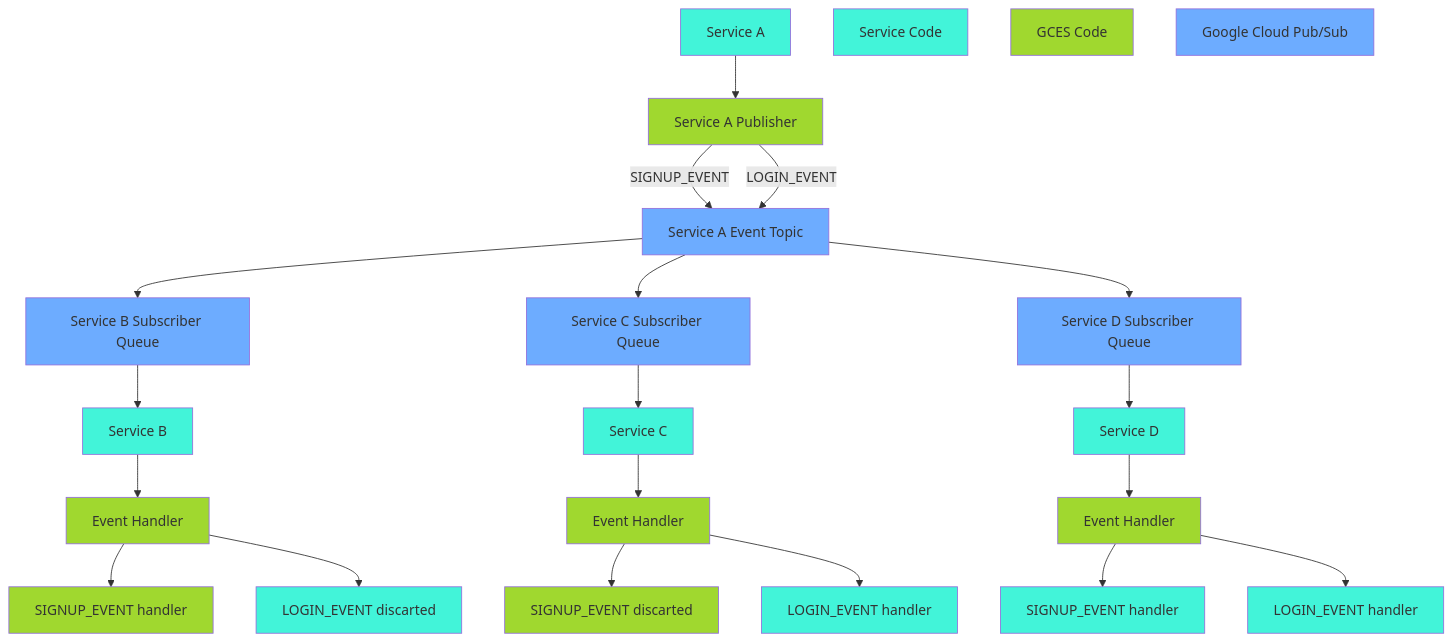
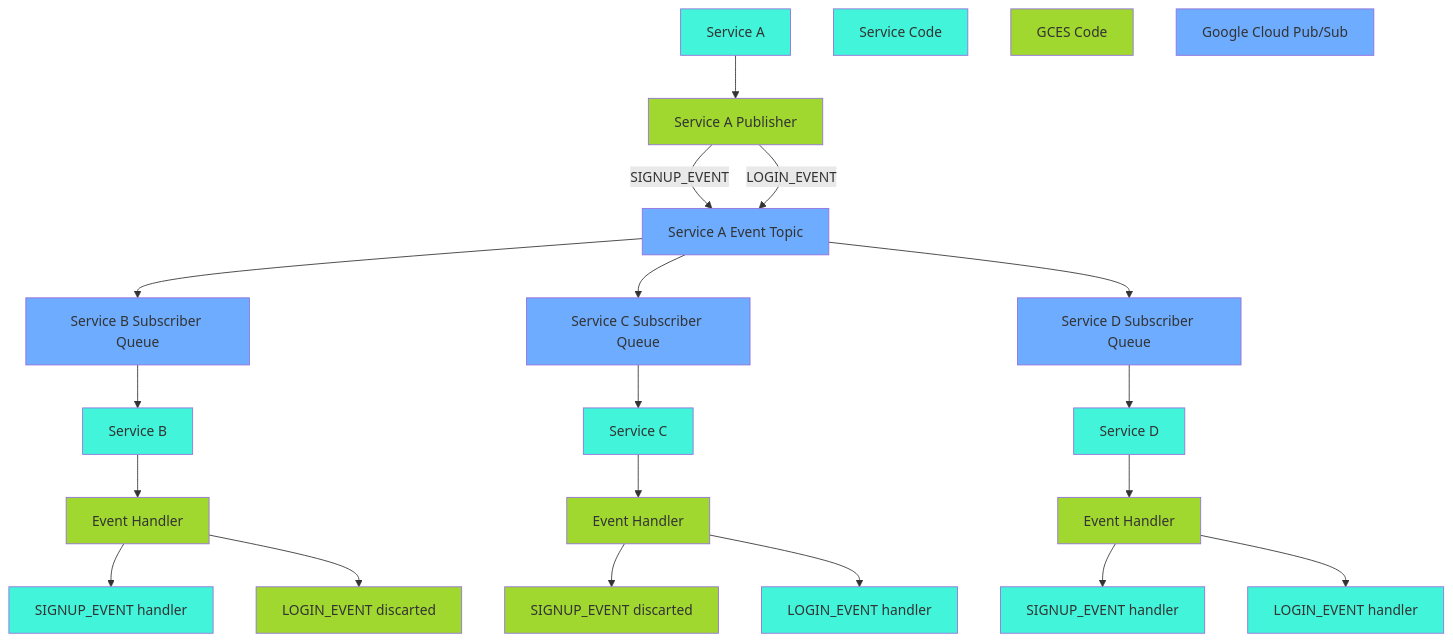
Before and after one commit to debonzi/gc-event-system: the diagram in docs/overview.mermaid, drawn with Mermaid. The commit also changed 1 other file, not shown here.

Commit message:
Fix arch diagram.

```diff
--- a/docs/overview.mermaid
+++ b/docs/overview.mermaid
@@ -1,39 +1,39 @@
 graph TD;
 A[Service A] --> AP
 AP[Service A Publisher] --> |SIGNUP_EVENT| AT[Service A Event Topic]
 AP[Service A Publisher] --> |LOGIN_EVENT| AT[Service A Event Topic]
 AT[Service A Event Topic] --> BS[Service B Subscriber Queue]
 AT[Service A Event Topic] --> CS[Service C Subscriber Queue]
 AT[Service A Event Topic] --> DS[Service D Subscriber Queue]
 BS[Service B Subscriber Queue] --> B[Service B]
 B[Service B] --> BEH[Event Handler]
 BEH[Event Handler] --> BSUH[SIGNUP_EVENT handler]
 BEH[Event Handler] --> BSLD[LOGIN_EVENT discarted]
 CS[Service C Subscriber Queue] --> C[Service C]
 C[Service C] --> CEH[Event Handler]
 CEH[Event Handler]
 CEH[Event Handler] --> CSUH[SIGNUP_EVENT discarted]
 CEH[Event Handler] --> CSLD[LOGIN_EVENT handler]
 DS[Service D Subscriber Queue] --> D[Service D]
 D[Service D] --> DEH[Event Handler]
 DEH[Event Handler]
 DEH[Event Handler] --> DSUH[SIGNUP_EVENT handler]
 DEH[Event Handler] --> DSLD[LOGIN_EVENT handler]
 
 SC[Service Code]
 GCES[GCES Code]
 GCPS[Google Cloud Pub/Sub]
 
 classDef services fill:#42f4d9;
 classDef gcpubsub fill:#6dacff;
 classDef gces fill:#a0d82f;
 class A,B,C,D services
 class AT,BS,CS,DS gcpubsub;
 class AP,BEH,CEH,DEH gces;
-class BSUH,CSUH gces;
-class BSLD,CSLD services;
+class BSLD,CSUH gces;
+class BSUH,CSLD services;
 class DSLD,DSUH services;
 
 class SC services;
 class GCES gces;
 class GCPS gcpubsub;
```
